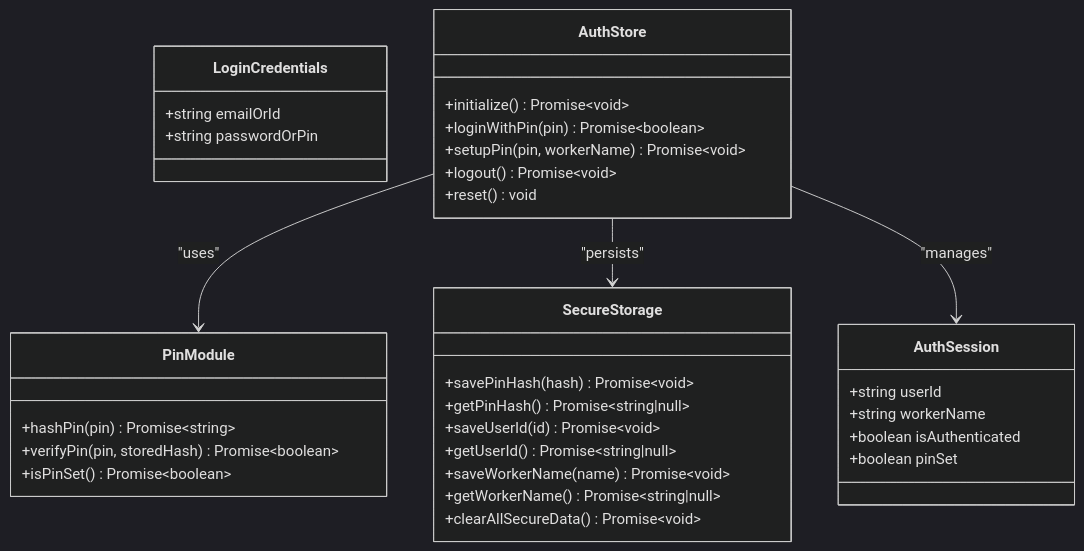
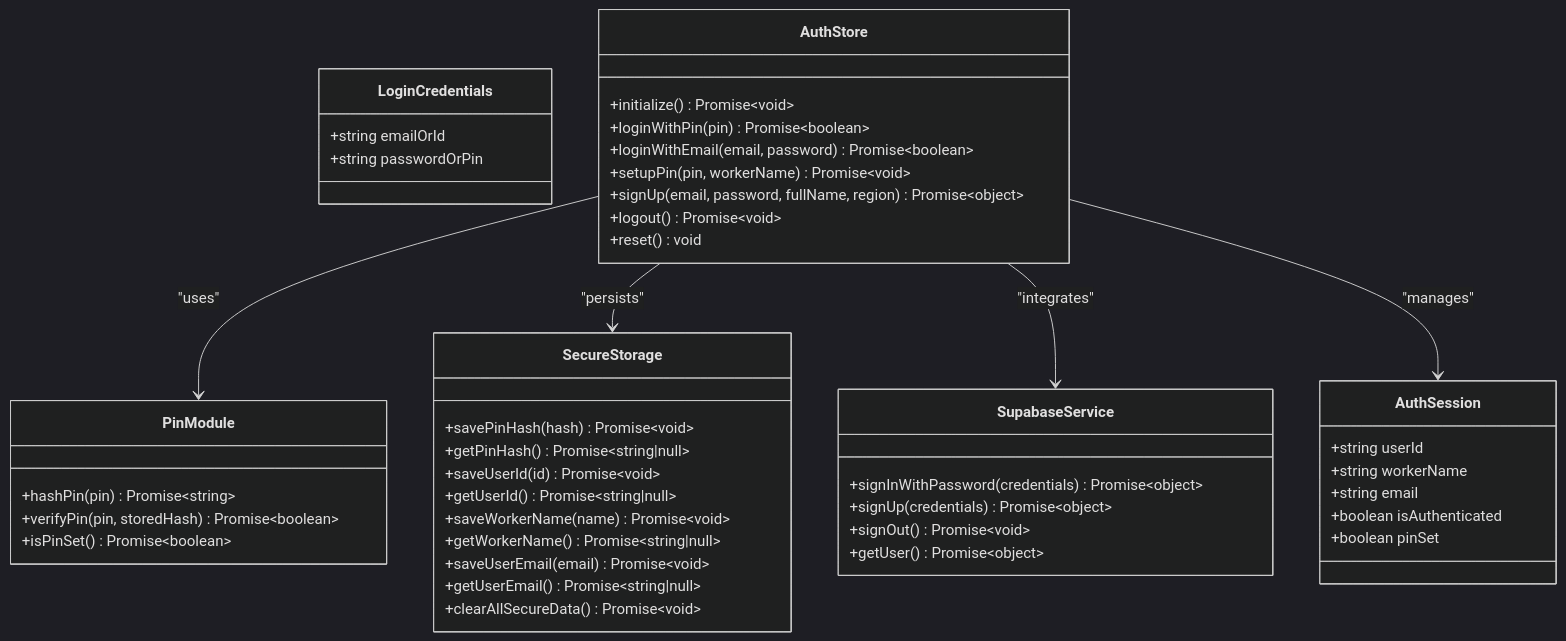
One commit to AdeelTahir-SE/DermSight changed the third of 7 diagrams in .qoder/repowiki/en/content/Authentication System/Authentication System.md. Above: the diagram before and after it, drawn with Mermaid (dark theme). The commit also changed other lines of this file and 43 other files, not shown here.

````diff
--- a/.qoder/repowiki/en/content/Authentication System/Authentication System.md
+++ b/.qoder/repowiki/en/content/Authentication System/Authentication System.md
@@ -255,37 +348,49 @@
 ```mermaid
 classDiagram
 class AuthSession {
 +string userId
 +string workerName
++string email
 +boolean isAuthenticated
 +boolean pinSet
 }
 class LoginCredentials {
 +string emailOrId
 +string passwordOrPin
 }
 class AuthStore {
 +initialize() Promise~void~
 +loginWithPin(pin) Promise~boolean~
++loginWithEmail(email, password) Promise~boolean~
 +setupPin(pin, workerName) Promise~void~
++signUp(email, password, fullName, region) Promise~object~
 +logout() Promise~void~
 +reset() void
 }
 class PinModule {
 +hashPin(pin) Promise~string~
 +verifyPin(pin, storedHash) Promise~boolean~
 +isPinSet() Promise~boolean~
 }
 class SecureStorage {
 +savePinHash(hash) Promise~void~
 +getPinHash() Promise~string|null~
 +saveUserId(id) Promise~void~
 +getUserId() Promise~string|null~
 +saveWorkerName(name) Promise~void~
 +getWorkerName() Promise~string|null~
++saveUserEmail(email) Promise~void~
++getUserEmail() Promise~string|null~
 +clearAllSecureData() Promise~void~
+}
+class SupabaseService {
++signInWithPassword(credentials) Promise~object~
++signUp(credentials) Promise~object~
++signOut() Promise~void~
++getUser() Promise~object~
 }
 AuthStore --> PinModule : "uses"
 AuthStore --> SecureStorage : "persists"
+AuthStore --> SupabaseService : "integrates"
 AuthStore --> AuthSession : "manages"
 ```
````
